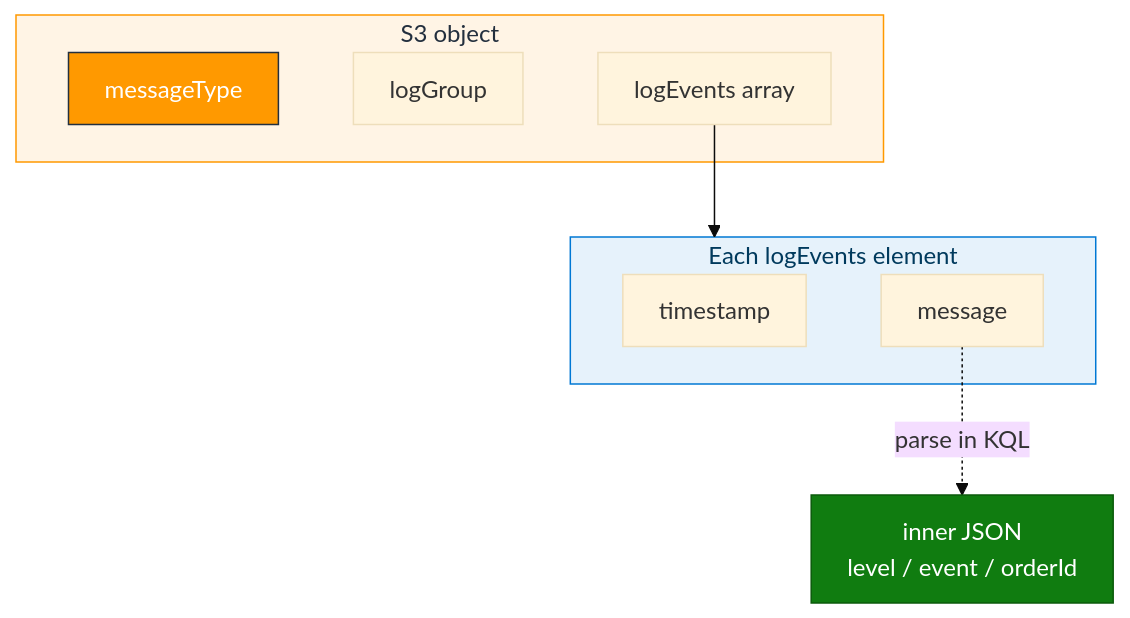
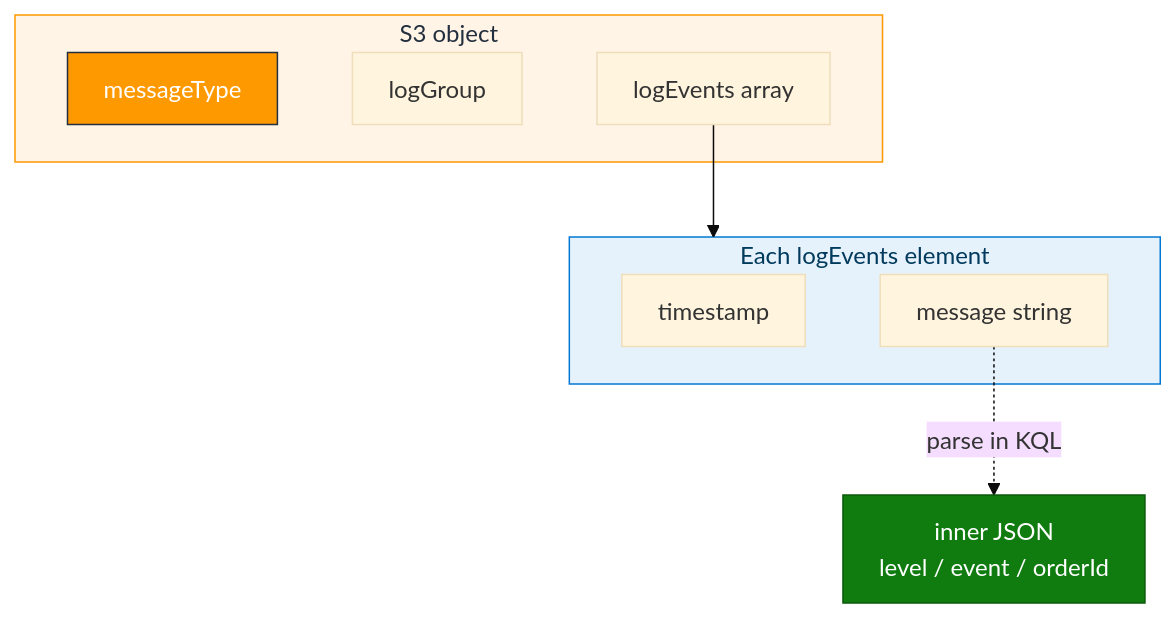
The second of 2 diagrams in Module_03_AWS_CloudWatch/03_CloudWatch_to_ADX_Concepts.md (atingupta2005/adx-aws-training-aug-26), drawn with Mermaid before and after one commit. The commit also changed other lines of this file and 5 other files, not shown here.

````diff
--- a/Module_03_AWS_CloudWatch/03_CloudWatch_to_ADX_Concepts.md
+++ b/Module_03_AWS_CloudWatch/03_CloudWatch_to_ADX_Concepts.md
@@ -40,19 +79,19 @@
 ```mermaid
 %%{init: {"theme":"base","flowchart":{"htmlLabels":true,"padding":12}}}%%
 flowchart TB
   subgraph s3file [S3 object]
     MT["messageType"]
     LG["logGroup"]
     LE["logEvents array"]
   end
   subgraph event [Each logEvents element]
     TS["timestamp"]
-    MSG["message"]
+    MSG["message string"]
   end
   LE --> event
   MSG -.->|"parse in KQL"| INNER["inner JSON<br/>level / event / orderId"]
   style s3file fill:#FFF4E5,stroke:#FF9900,color:#232F3E
   style event fill:#E6F2FB,stroke:#0078D4,color:#003A5D
   style MT fill:#FF9900,stroke:#232F3E,color:#fff
   style INNER fill:#107C10,stroke:#0B5A0B,color:#fff
 ```
````
